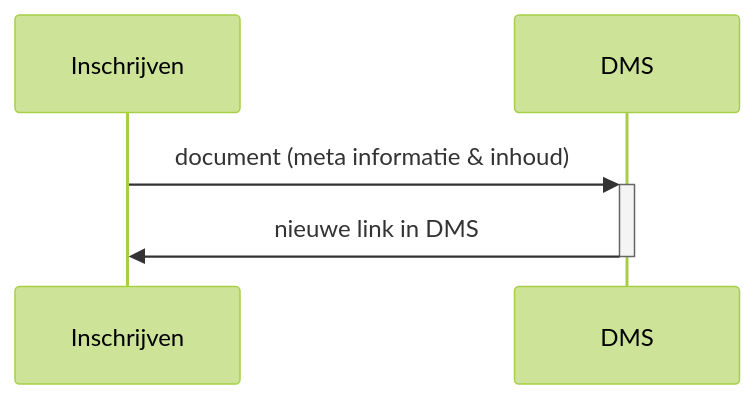
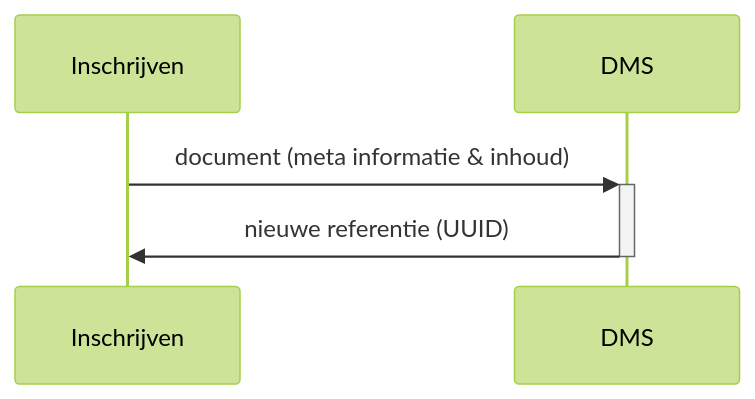
Before and after one commit to Onderwijs-Koppelingen-OKx/OKD-Document-Management: the diagram in doc/flow-1.md, drawn with Mermaid (forest theme).

Commit message:
DMS > Inschrijven link to UUID

````diff
--- a/doc/flow-1.md
+++ b/doc/flow-1.md
@@ -8,9 +8,9 @@
 ```mermaid
 sequenceDiagram
     Participant Inschrijven
     Participant DMS
 
     Inschrijven->>+DMS: document (meta informatie & inhoud)
-    DMS->>-Inschrijven: nieuwe link in DMS
+    DMS->>-Inschrijven: nieuwe referentie (UUID)
 
 ```
````
